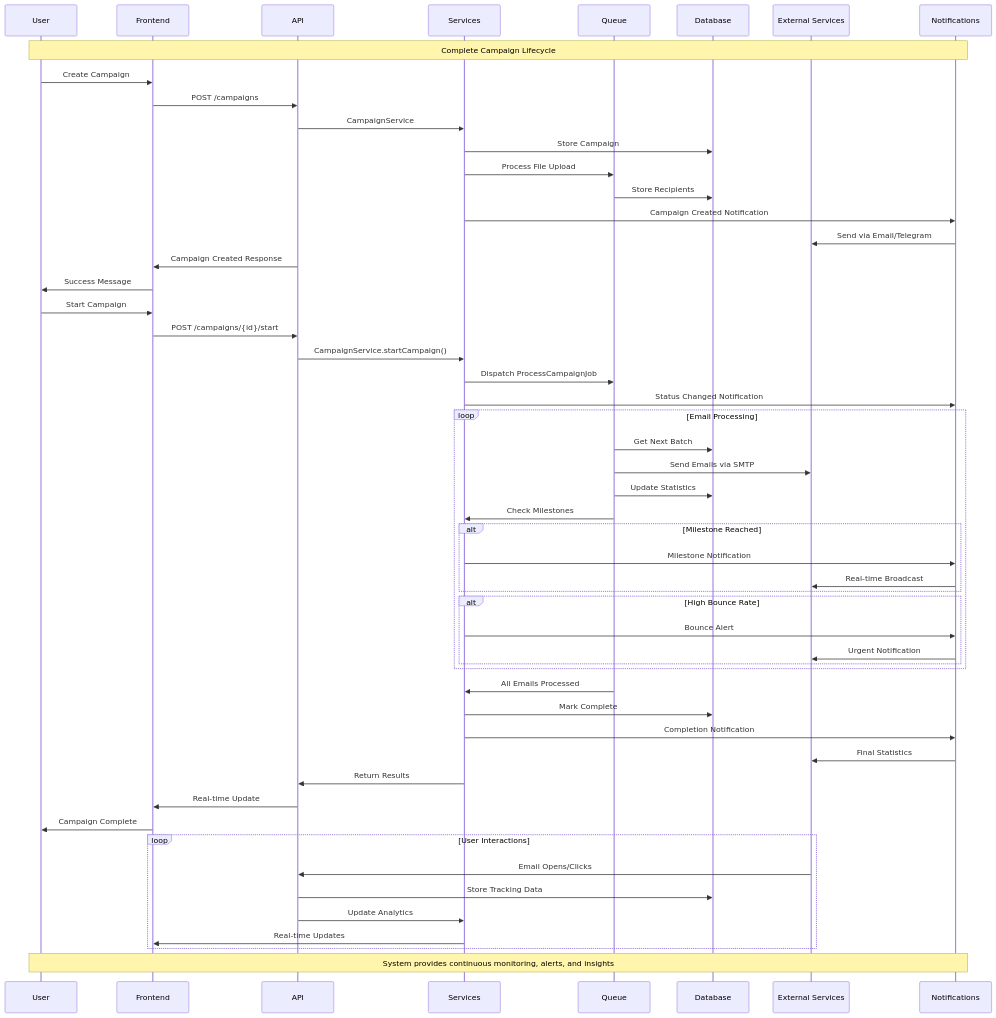
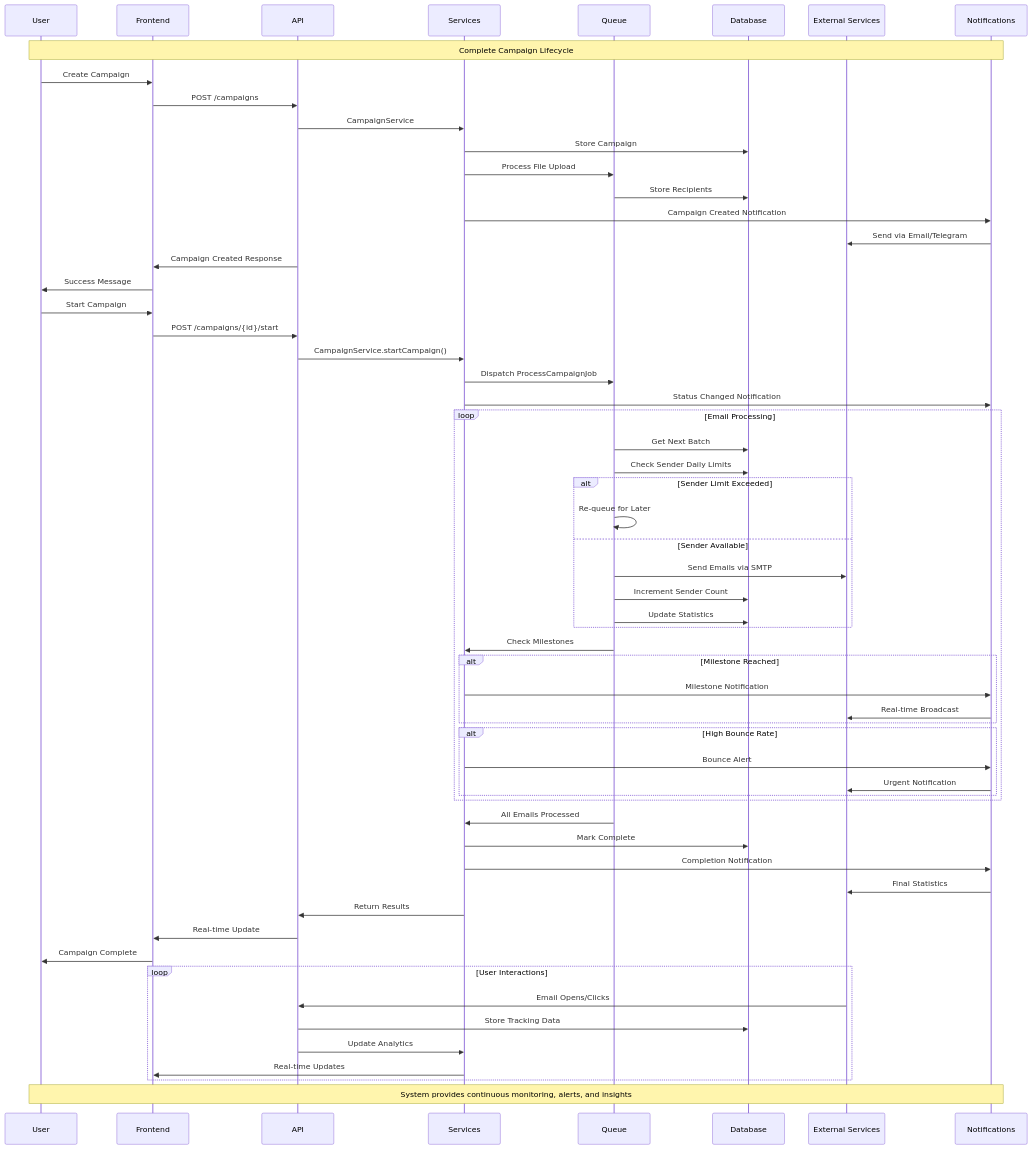
The fourth of 5 diagrams in SYSTEM_ARCHITECTURE_VISUALIZATIONS.md (puzzo-dev/webmailaravel.lcl), drawn with Mermaid before and after one commit. The commit also changed other lines of this file and 37 other files, not shown here.

````diff
--- a/SYSTEM_ARCHITECTURE_VISUALIZATIONS.md
+++ b/SYSTEM_ARCHITECTURE_VISUALIZATIONS.md
@@ -307,66 +444,72 @@
 ```mermaid
 sequenceDiagram
     participant U as User
     participant F as Frontend
     participant A as API
     participant S as Services
     participant Q as Queue
     participant D as Database
     participant E as External Services
     participant N as Notifications
 
     Note over U,N: Complete Campaign Lifecycle
 
     %% Campaign Creation
     U->>F: Create Campaign
     F->>A: POST /campaigns
     A->>S: CampaignService
     S->>D: Store Campaign
     S->>Q: Process File Upload
     Q->>D: Store Recipients
     S->>N: Campaign Created Notification
     N->>E: Send via Email/Telegram
     A->>F: Campaign Created Response
     F->>U: Success Message
 
     %% Campaign Execution
     U->>F: Start Campaign
     F->>A: POST /campaigns/{id}/start
     A->>S: CampaignService.startCampaign()
     S->>Q: Dispatch ProcessCampaignJob
     S->>N: Status Changed Notification
     
     loop Email Processing
         Q->>D: Get Next Batch
-        Q->>E: Send Emails via SMTP
-        Q->>D: Update Statistics
+        Q->>D: Check Sender Daily Limits
+        alt Sender Limit Exceeded
+            Q->>Q: Re-queue for Later
+        else Sender Available
+            Q->>E: Send Emails via SMTP
+            Q->>D: Increment Sender Count
+            Q->>D: Update Statistics
+        end
         Q->>S: Check Milestones
         alt Milestone Reached
             S->>N: Milestone Notification
             N->>E: Real-time Broadcast
         end
         alt High Bounce Rate
             S->>N: Bounce Alert
             N->>E: Urgent Notification
         end
     end
 
     %% Campaign Completion
     Q->>S: All Emails Processed
     S->>D: Mark Complete
     S->>N: Completion Notification
     N->>E: Final Statistics
     S->>A: Return Results
     A->>F: Real-time Update
     F->>U: Campaign Complete
 
     %% Analytics & Tracking
     loop User Interactions
         E->>A: Email Opens/Clicks
         A->>D: Store Tracking Data
         A->>S: Update Analytics
         S->>F: Real-time Updates
     end
 
     Note over U,N: System provides continuous monitoring, alerts, and insights
 ```
````
